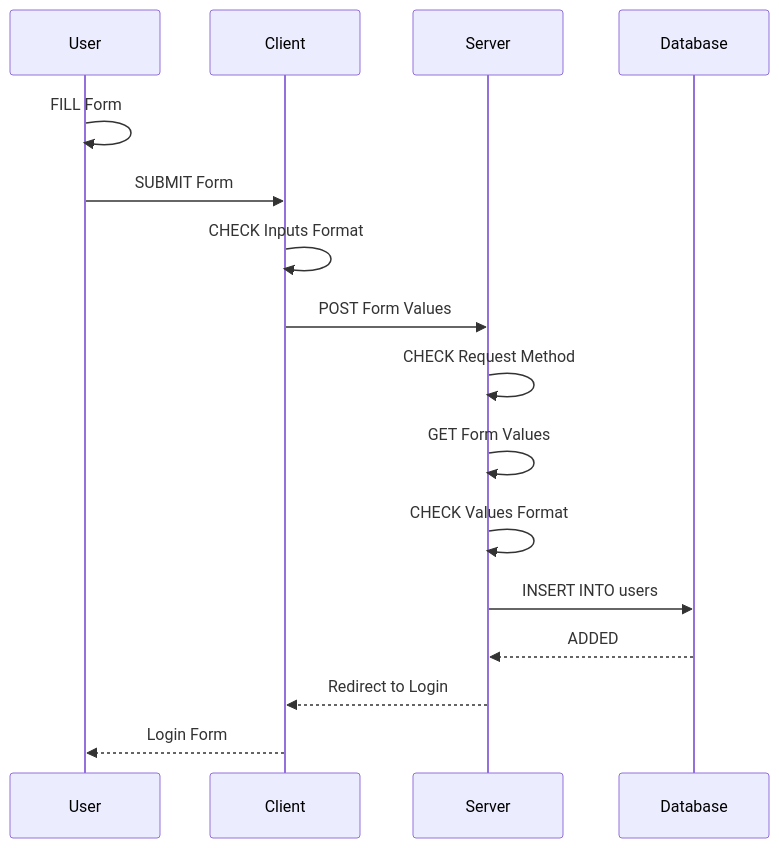
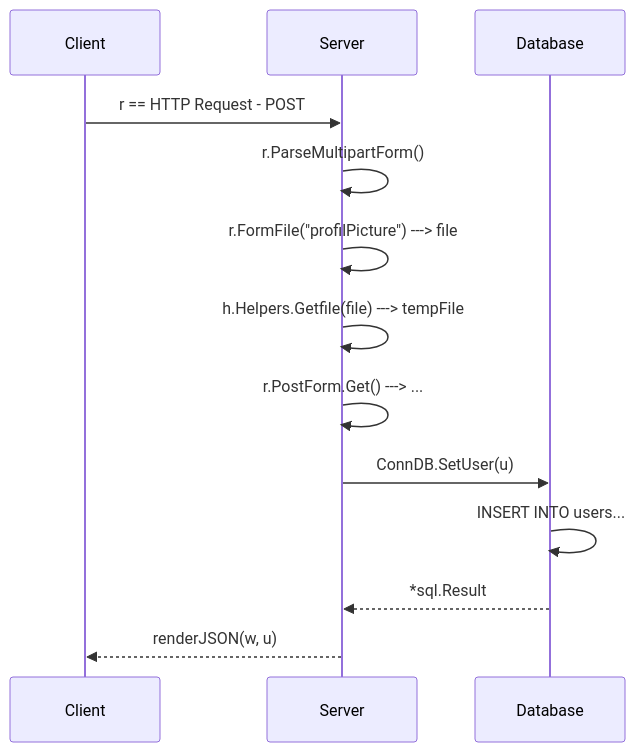
Before and after one commit to mamadbah2/social-network: the second of 4 diagrams in README.md, drawn with Mermaid. The commit also changed other lines of this file and 5 other files, not shown here.

````diff
--- a/README.md
+++ b/README.md
@@ -454,19 +454,16 @@
 ```mermaid
 sequenceDiagram
-    Participant User
     Participant Client
     Participant Server
     Participant Database
 
-    User ->> User: FILL Form
-    User ->> Client: SUBMIT Form
-    Client ->> Client: CHECK Inputs Format
-    Client ->> Server: POST Form Values
-    Server ->> Server: CHECK Request Method
-    Server ->> Server: GET Form Values
-    Server ->> Server: CHECK Values Format
-    Server ->> Database: INSERT INTO users
-    Database -->> Server: ADDED
-    Server -->> Client: Redirect to Login
-    Client -->> User: Login Form
+    Client ->> Server: r == HTTP Request - POST
+    Server ->> Server: r.ParseMultipartForm()
+    Server ->> Server: r.FormFile("profilPicture") ---> file
+    Server ->> Server: h.Helpers.Getfile(file) ---> tempFile
+    Server ->> Server: r.PostForm.Get() ---> ...
+    Server ->> Database: ConnDB.SetUser(u)
+    Database ->> Database: INSERT INTO users...
+    Database -->> Server: *sql.Result
+    Server -->> Client: renderJSON(w, u)
 ```
````
